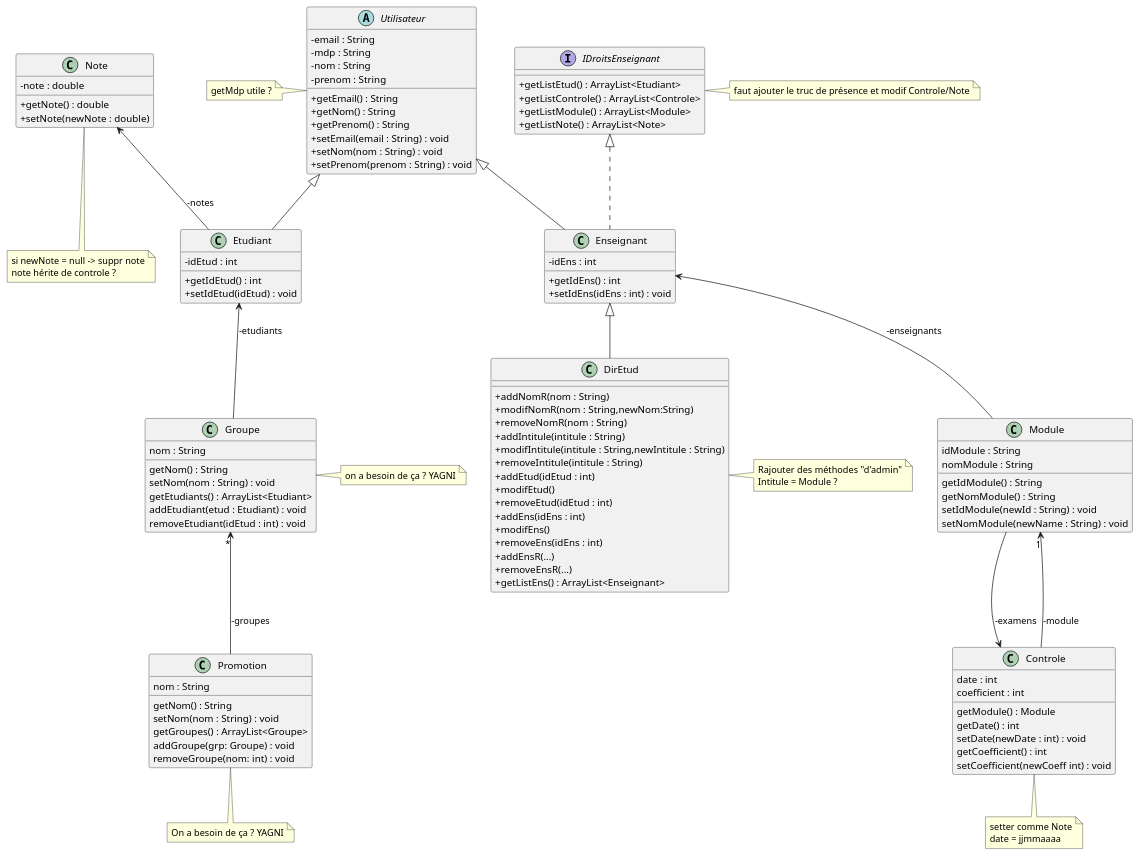
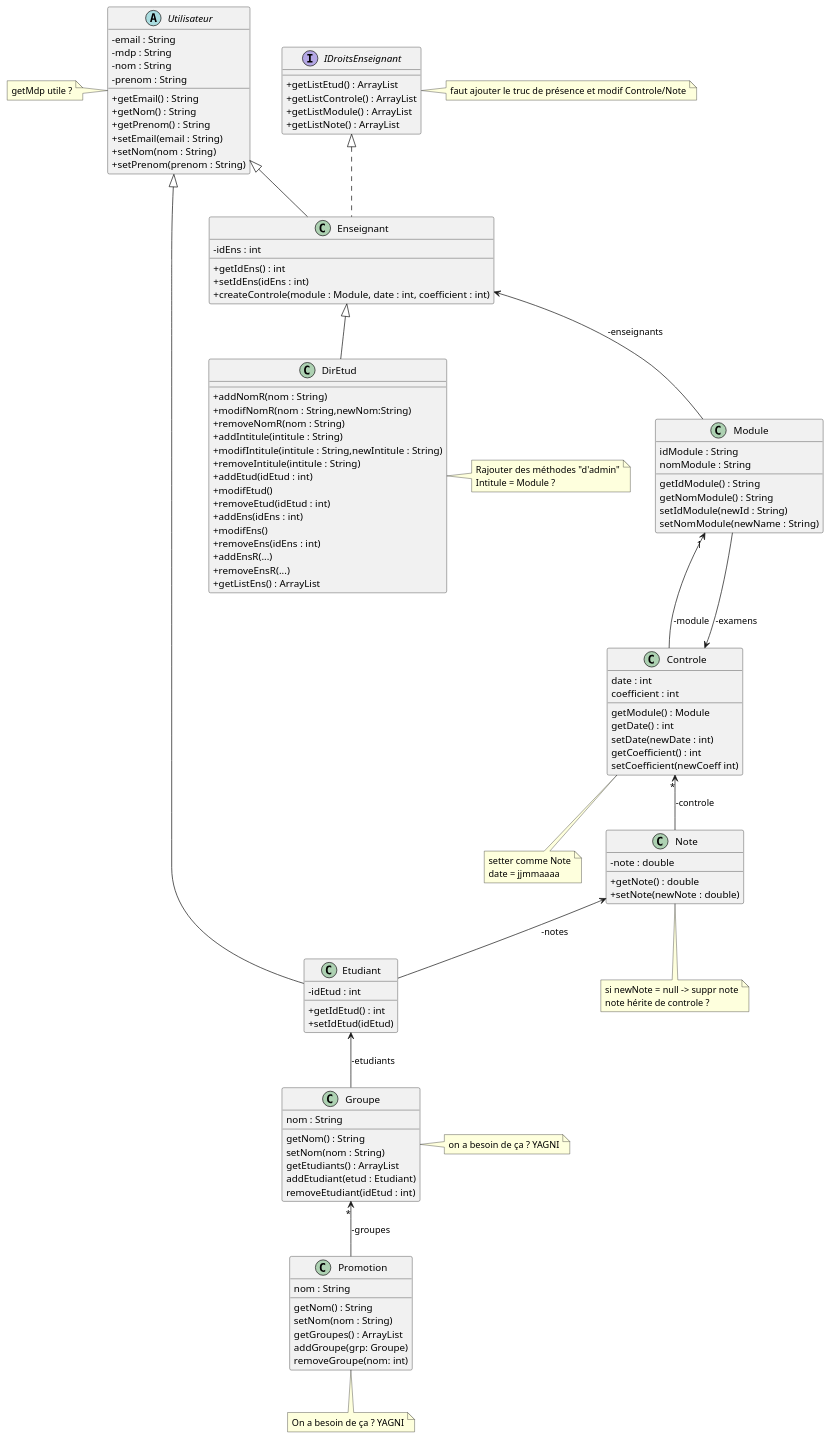
One commit to Lohasta/Kallax changed the diagram in s201_UML.md. Above: the diagram before and after it, drawn with PlantUML.

Commit message:
Modification du diagramme de classe

```diff
--- a/s201_UML.md
+++ b/s201_UML.md
@@ -1,6 +1,5 @@
 @startuml
 skinparam classAttributeIconSize 0
-
 abstract class Utilisateur{
 -email : String
 -mdp : String
@@ -9,42 +8,36 @@
 +getEmail() : String
 +getNom() : String
 +getPrenom() : String
-+setEmail(email : String) : void
-+setNom(nom : String) : void
-+setPrenom(prenom : String) : void
++setEmail(email : String)
++setNom(nom : String)
++setPrenom(prenom : String)
 }
 note left of Utilisateur{
 getMdp utile ?
 }
-
-
 interface IDroitsEnseignant{
-
-+getListEtud() : ArrayList<Etudiant>
-+getListControle() : ArrayList<Controle>
-+getListModule() : ArrayList<Module>
-+getListNote() : ArrayList<Note>
++getListEtud() : ArrayList
++getListControle() : ArrayList
++getListModule() : ArrayList
++getListNote() : ArrayList
 }
 note right of IDroitsEnseignant{
 faut ajouter le truc de présence et modif Controle/Note
 }
-
-
 class Etudiant{
 -idEtud : int
 +getIdEtud() : int
-+setIdEtud(idEtud) : void
++setIdEtud(idEtud)
 }
+
+
 class Enseignant{
 -idEns : int
 +getIdEns() : int
-+setIdEns(idEns : int) : void
++setIdEns(idEns : int)
++createControle(module : Module, date : int, coefficient : int)
 }
-
-
-
 class DirEtud{
-
 +addNomR(nom : String)
 +modifNomR(nom : String,newNom:String)
 +removeNomR(nom : String)
@@ -59,51 +52,35 @@
 +removeEns(idEns : int)
 +addEnsR(...)
 +removeEnsR(...)
-+getListEns() : ArrayList<Enseignant>
-
++getListEns() : ArrayList
 }
 note right of DirEtud{
 Rajouter des méthodes "d'admin"
 Intitule = Module ?
 }
-
-
-
 +class Module{
-
 idModule : String
 nomModule : String
-
-
 getIdModule() : String
 getNomModule() : String
-setIdModule(newId : String) : void
-setNomModule(newName : String) : void
+setIdModule(newId : String)
+setNomModule(newName : String)
 }
-
-
 +class Controle{
-
 date : int
 coefficient : int
-
 getModule() : Module
 getDate() : int
-setDate(newDate : int) : void
+setDate(newDate : int)
 getCoefficient() : int
-setCoefficient(newCoeff int) : void
+setCoefficient(newCoeff int)
 }
 note bottom of Controle{
 setter comme Note
 date = jjmmaaaa
 }
-
-
-
 +class Note{
-
 -note : double
-
 +getNote() : double
 +setNote(newNote : double)
 }
@@ -111,38 +88,28 @@
 si newNote = null -> suppr note
 note hérite de controle ?
 }
-
-
 +class Promotion{
-
 nom : String
-
 getNom() : String
-setNom(nom : String) : void
-getGroupes() : ArrayList<Groupe>
-addGroupe(grp: Groupe) : void
-removeGroupe(nom: int) : void
+setNom(nom : String)
+getGroupes() : ArrayList
+addGroupe(grp: Groupe)
+removeGroupe(nom: int)
 }
 note bottom of Promotion{
 On a besoin de ça ? YAGNI
 }
-
-
 +class Groupe{
-
 nom : String
-
 getNom() : String
-setNom(nom : String) : void
-getEtudiants() : ArrayList<Etudiant>
-addEtudiant(etud : Etudiant) : void
-removeEtudiant(idEtud : int) : void
+setNom(nom : String)
+getEtudiants() : ArrayList
+addEtudiant(etud : Etudiant)
+removeEtudiant(idEtud : int)
 }
 note right of Groupe{
 on a besoin de ça ? YAGNI
 }
-
-
 IDroitsEnseignant <|.. Enseignant
 Note " " <-- Etudiant : -notes
 Module "1" <-- Controle : -module
@@ -150,6 +117,7 @@
 Enseignant " " <-- Module : -enseignants
 Etudiant " " <-- Groupe: -etudiants
 Groupe "*" <-- Promotion : -groupes
+Controle "*" <-- Note : -controle
 Utilisateur <|-- Etudiant
 Utilisateur <|-- Enseignant
 Enseignant <|-- DirEtud
```
